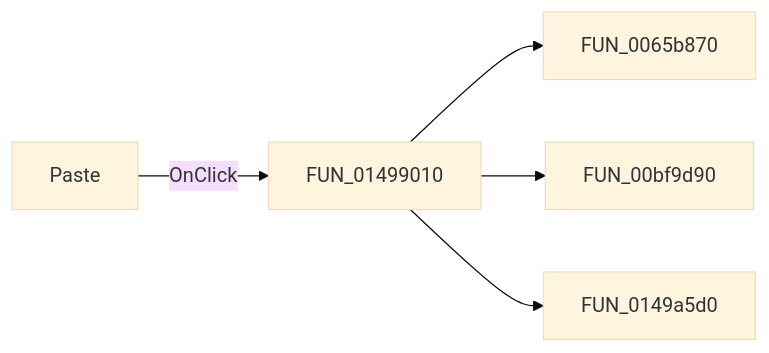
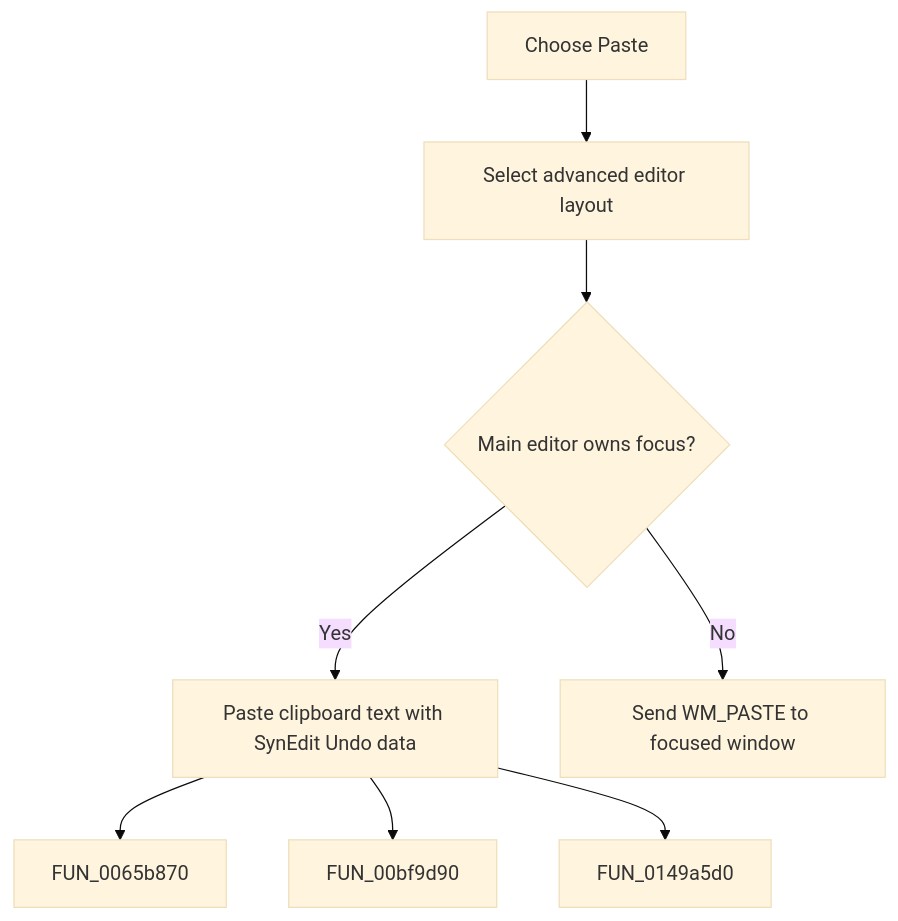
Before and after one commit to MovGP0/TIARA: the diagram in docs/ui-controls/frmdesigntool/mipaste-84c1a2fea5.md, drawn with Mermaid (base theme). The commit also changed other lines of this file and 387 other files, not shown here.

````diff
--- a/docs/ui-controls/frmdesigntool/mipaste-84c1a2fea5.md
+++ b/docs/ui-controls/frmdesigntool/mipaste-84c1a2fea5.md
@@ -27,7 +27,10 @@
 ```mermaid
-flowchart LR
-    control["Paste"] -->|OnClick| handler["FUN_01499010"]
+flowchart TD
+    control["Choose Paste"] --> expand["Select advanced editor layout"]
+    expand --> target{"Main editor owns focus?"}
+    target -->|Yes| handler["Paste clipboard text with SynEdit Undo data"]
+    target -->|No| forward["Send WM_PASTE to focused window"]
     handler --> call1["FUN_0065b870"]
     handler --> call2["FUN_00bf9d90"]
     handler --> call3["FUN_0149a5d0"]
 ```
````
